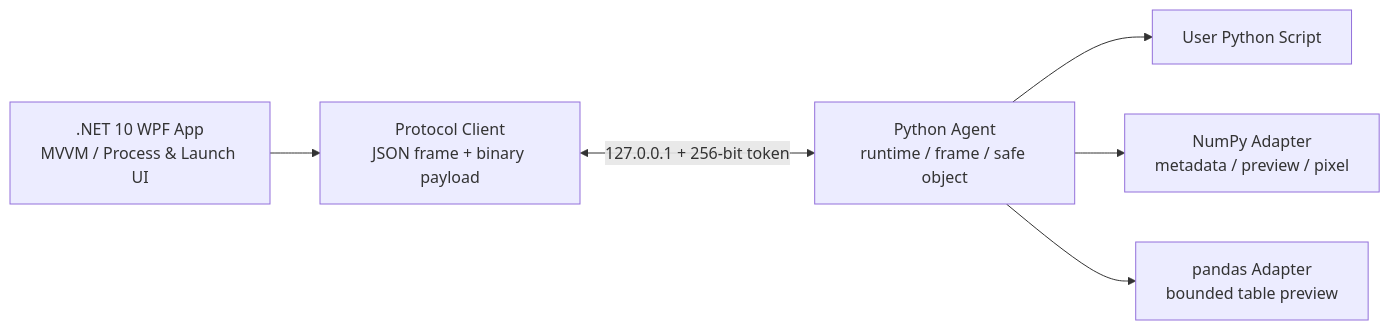
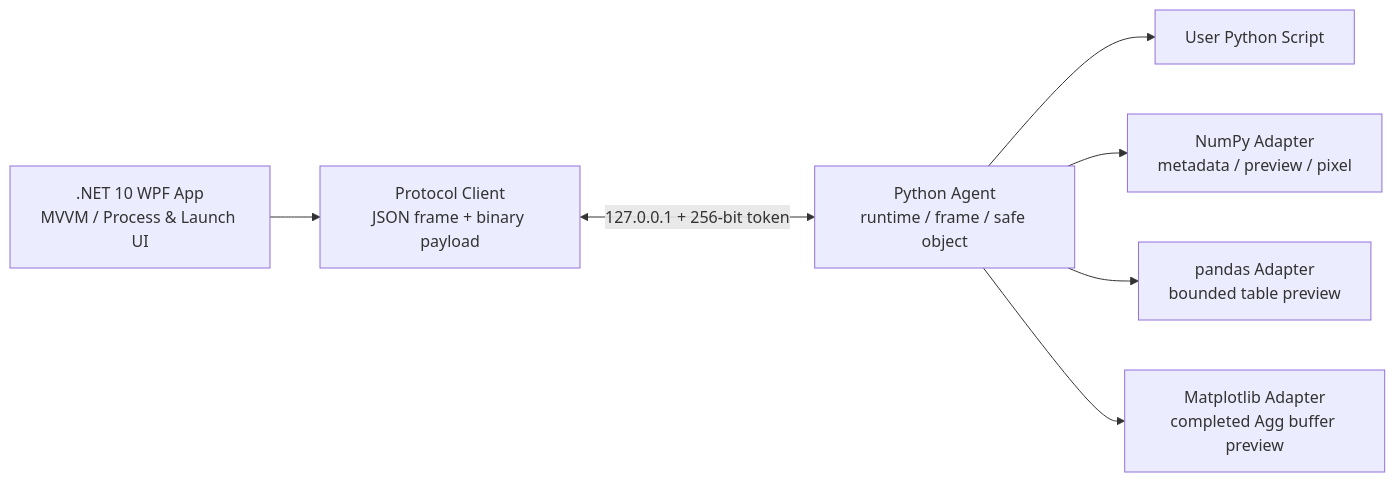
One commit to MouseBall54/PyMonitor changed the diagram in README.md. Above: the diagram before and after it, drawn with Mermaid. The commit also changed other lines of this file and 8 other files, not shown here.

````diff
--- a/README.md
+++ b/README.md
@@ -36,15 +36,17 @@
 ```mermaid
 flowchart LR
     UI[".NET 10 WPF App<br/>MVVM / Process & Launch UI"]
     Protocol["Protocol Client<br/>JSON frame + binary payload"]
     Agent["Python Agent<br/>runtime / frame / safe object"]
     Target["User Python Script"]
     Array["NumPy Adapter<br/>metadata / preview / pixel"]
     DataFrame["pandas Adapter<br/>bounded table preview"]
+    Figure["Matplotlib Adapter<br/>completed Agg buffer preview"]
 
     UI --> Protocol
     Protocol <-->|"127.0.0.1 + 256-bit token"| Agent
     Agent --> Target
     Agent --> Array
     Agent --> DataFrame
+    Agent --> Figure
 ```
````
